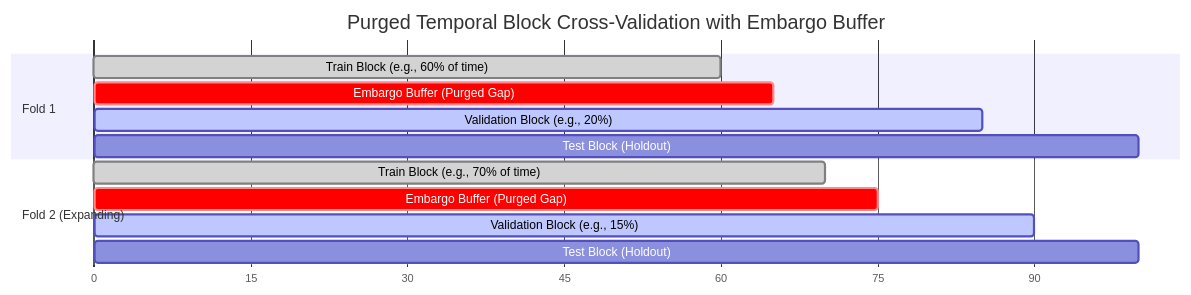
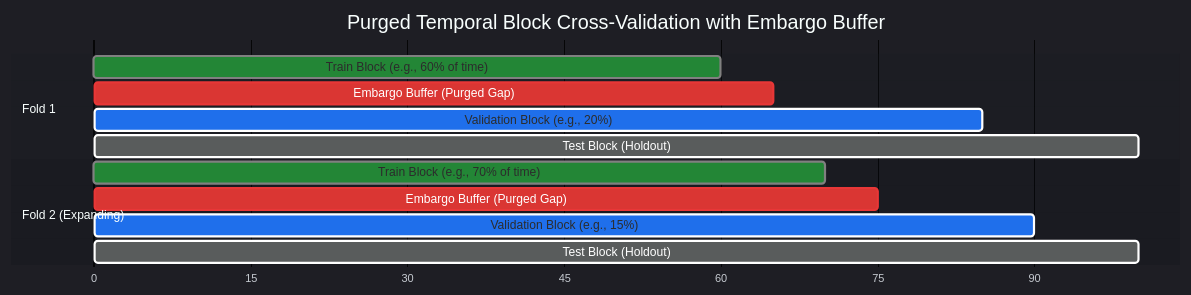
One commit to giangh14cqt/warsaw-public-transport-monitor changed the first of 3 diagrams in architect/data_processing/modeling_and_xai.md. Above: the diagram before and after it, drawn with Mermaid. The commit also changed other lines of this file and 9 other files, not shown here.

First line of the commit message:
style(architect): optimize all Mermaid diagrams for GitHub dark theme readability

````diff
--- a/architect/data_processing/modeling_and_xai.md
+++ b/architect/data_processing/modeling_and_xai.md
@@ -13,18 +13,33 @@
 ```mermaid
+%%{init: {
+  'theme': 'dark',
+  'themeVariables': {
+    'darkMode': true,
+    'background': '#0d1117',
+    'textColor': '#f0f6fc',
+    'taskTextColor': '#ffffff',
+    'activeTaskBkgColor': '#1f6feb',
+    'doneTaskBkgColor': '#238636',
+    'critBkgColor': '#da3633',
+    'sectionBkgColor': '#161b22',
+    'altSectionBkgColor': '#0d1117',
+    'gridColor': '#30363d'
+  }
+}}%%
 gantt
     title Purged Temporal Block Cross-Validation with Embargo Buffer
     dateFormat X
     axisFormat %s
 
     section Fold 1
     Train Block (e.g., 60% of time) :done, 0, 60
     Embargo Buffer (Purged Gap)     :crit, 60, 65
     Validation Block (e.g., 20%)    :active, 65, 85
     Test Block (Holdout)            :85, 100
 
     section Fold 2 (Expanding)
     Train Block (e.g., 70% of time) :done, 0, 70
     Embargo Buffer (Purged Gap)     :crit, 70, 75
     Validation Block (e.g., 15%)    :active, 75, 90
     Test Block (Holdout)            :90, 100
 ```
````
